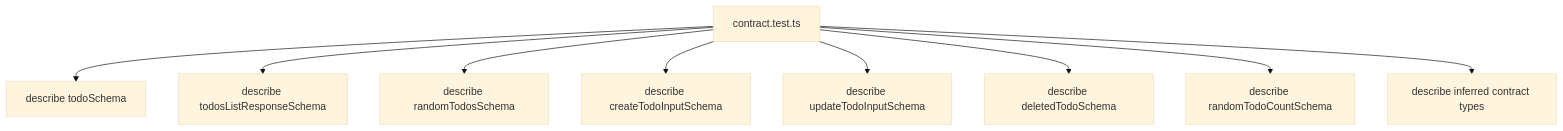
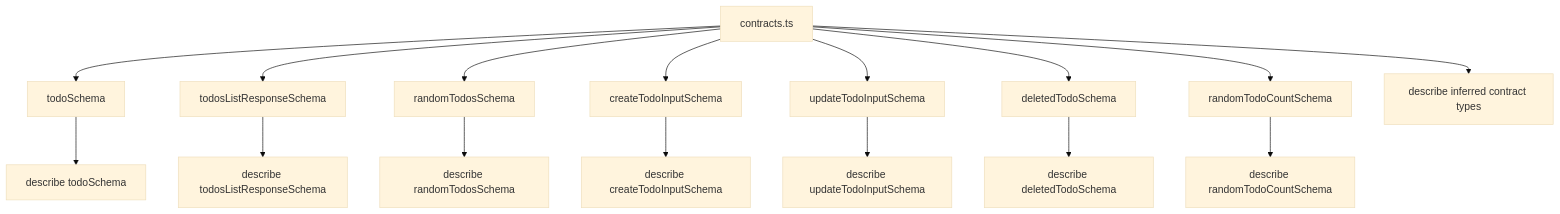
The second of 6 diagrams in docs/details/todos/api-contract-test.md (thehermitdev/tanstack-router-boilerplate), drawn with Mermaid (base theme) before and after one commit. The commit also changed other lines of this file, not shown here.

Commit message:
docs: refine todos API contract testing guide

````diff
--- a/docs/details/todos/api-contract-test.md
+++ b/docs/details/todos/api-contract-test.md
@@ -103,12 +61,20 @@
 ```mermaid
 flowchart TD
-    A[contract.test.ts]
-    A --> B[describe todoSchema]
-    A --> C[describe todosListResponseSchema]
-    A --> D[describe randomTodosSchema]
-    A --> E[describe createTodoInputSchema]
-    A --> F[describe updateTodoInputSchema]
-    A --> G[describe deletedTodoSchema]
-    A --> H[describe randomTodoCountSchema]
-    A --> I[describe inferred contract types]
+    A[contracts.ts] --> B[todoSchema]
+    A --> C[todosListResponseSchema]
+    A --> D[randomTodosSchema]
+    A --> E[createTodoInputSchema]
+    A --> F[updateTodoInputSchema]
+    A --> G[deletedTodoSchema]
+    A --> H[randomTodoCountSchema]
+
+    B --> BT[describe todoSchema]
+    C --> CT[describe todosListResponseSchema]
+    D --> DT[describe randomTodosSchema]
+    E --> ET[describe createTodoInputSchema]
+    F --> FT[describe updateTodoInputSchema]
+    G --> GT[describe deletedTodoSchema]
+    H --> HT[describe randomTodoCountSchema]
+
+    A --> TT[describe inferred contract types]
 ```
````
